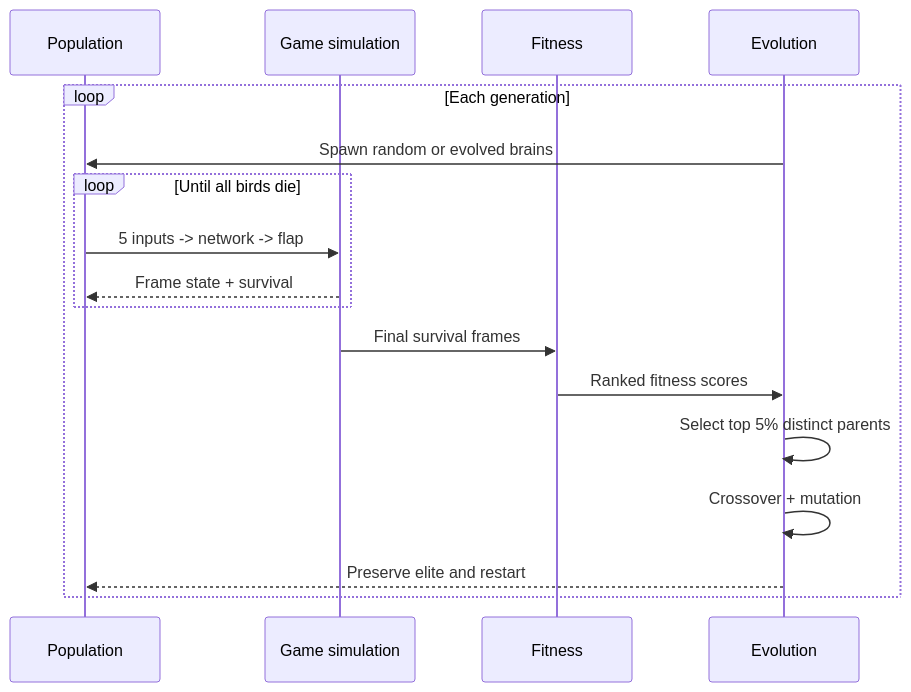
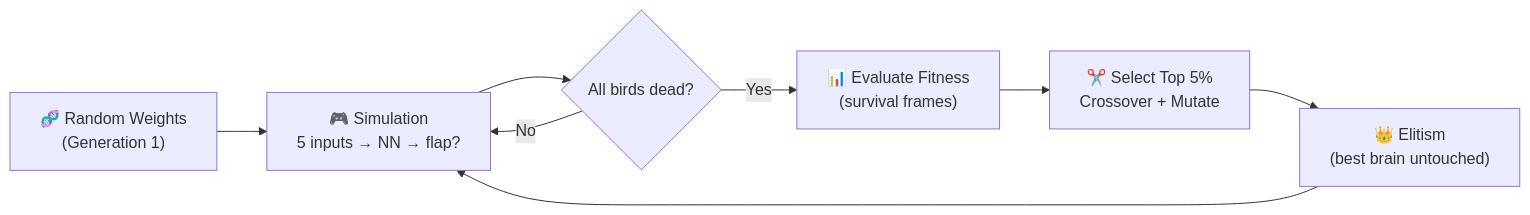
Before and after one commit to khuongngoduc0310/Portfolio: the diagram in assets/projects/diagrams/flappy-ai-evolution-loop.mmd, drawn with Mermaid. The commit also changed 6 other files, not shown here.

Commit message:
Use compact project flowcharts

```diff
--- a/assets/projects/diagrams/flappy-ai-evolution-loop.mmd
+++ b/assets/projects/diagrams/flappy-ai-evolution-loop.mmd
@@ -1,22 +1,12 @@
 %% Source: Flappy Bird AI README neuroevolution system overview.
-sequenceDiagram
+flowchart LR
     accTitle: Flappy Bird AI neuroevolution loop
-    accDescr: Each population plays until all birds die, then fitness scores drive selection, crossover, mutation, and elitism for the next generation.
+    accDescr: Random neural-network weights control birds in simulation. When all birds die, fitness drives selection, crossover, mutation, and elitism before the next simulation.
 
-    participant P as Population
-    participant G as Game simulation
-    participant F as Fitness
-    participant E as Evolution
-
-    loop Each generation
-        E->>P: Spawn random or evolved brains
-        loop Until all birds die
-            P->>G: 5 inputs -> network -> flap
-            G-->>P: Frame state + survival
-        end
-        G->>F: Final survival frames
-        F->>E: Ranked fitness scores
-        E->>E: Select top 5% distinct parents
-        E->>E: Crossover + mutation
-        E-->>P: Preserve elite and restart
-    end
+    A["🧬 Random Weights<br/>(Generation 1)"] --> B["🎮 Simulation<br/>5 inputs → NN → flap?"]
+    B --> C{All birds dead?}
+    C -->|No| B
+    C -->|Yes| D["📊 Evaluate Fitness<br/>(survival frames)"]
+    D --> E["✂️ Select Top 5%<br/>Crossover + Mutate"]
+    E --> F["👑 Elitism<br/>(best brain untouched)"]
+    F --> B
```
